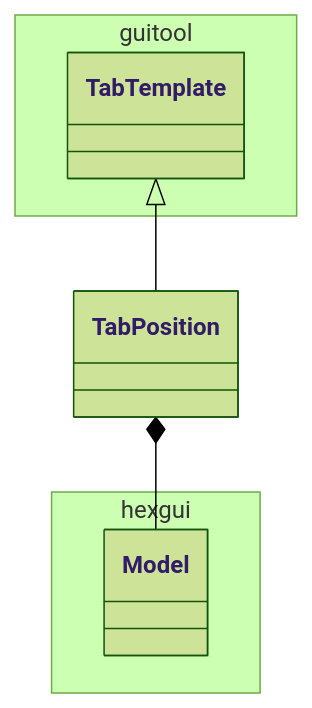
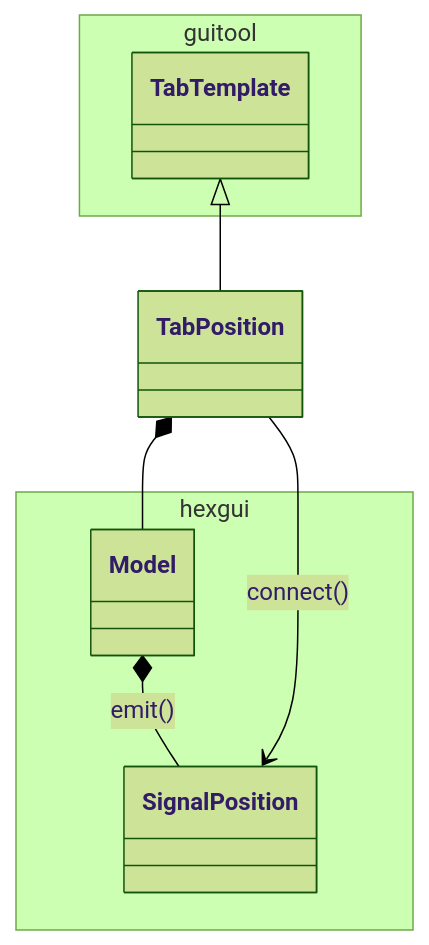
The diagram in doc/uml/tab/class_tab_position.mmd (lsst-ts/ts_hexgui), drawn with Mermaid (forest theme) before and after one commit. The commit also changed 6 other files, not shown here.

```diff
--- a/doc/uml/tab/class_tab_position.mmd
+++ b/doc/uml/tab/class_tab_position.mmd
@@ -1,13 +1,17 @@
 classDiagram
 
 namespace guitool {
   class TabTemplate
 }
 
 namespace hexgui {
   class Model
+  class SignalPosition
 }
+
+Model *-- SignalPosition : emit()
 
 TabTemplate <|-- TabPosition
 
 TabPosition *-- Model
+TabPosition --> SignalPosition : connect()
```
